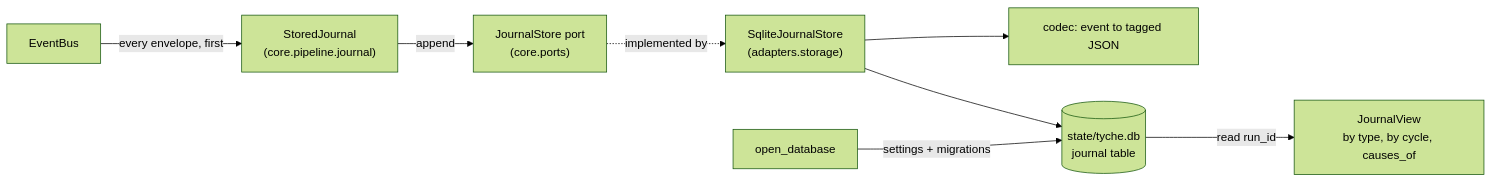
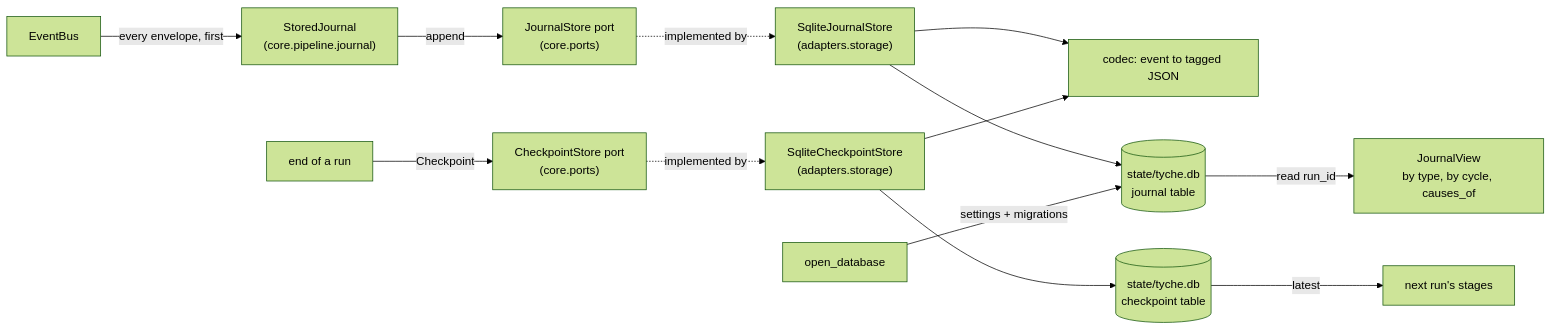
The diagram in docs/developer-guide/state-database.md (jpra0204/Tyche), drawn with Mermaid (forest theme) before and after one commit. The commit also changed other lines of this file and 37 other files, not shown here.

````diff
--- a/docs/developer-guide/state-database.md
+++ b/docs/developer-guide/state-database.md
@@ -7,10 +7,15 @@
 ```mermaid
 flowchart LR
     bus["EventBus"] -->|every envelope, first| sj["StoredJournal<br/>(core.pipeline.journal)"]
     sj -->|append| port["JournalStore port<br/>(core.ports)"]
     port -.implemented by.-> store["SqliteJournalStore<br/>(adapters.storage)"]
     store --> codec["codec: event to tagged JSON"]
     store --> db[("state/tyche.db<br/>journal table")]
     open["open_database"] -->|settings + migrations| db
     db -->|read run_id| view["JournalView<br/>by type, by cycle, causes_of"]
+    run["end of a run"] -->|Checkpoint| cport["CheckpointStore port<br/>(core.ports)"]
+    cport -.implemented by.-> cstore["SqliteCheckpointStore<br/>(adapters.storage)"]
+    cstore --> codec
+    cstore --> cdb[("state/tyche.db<br/>checkpoint table")]
+    cdb -->|latest| restart["next run's stages"]
 ```
````
